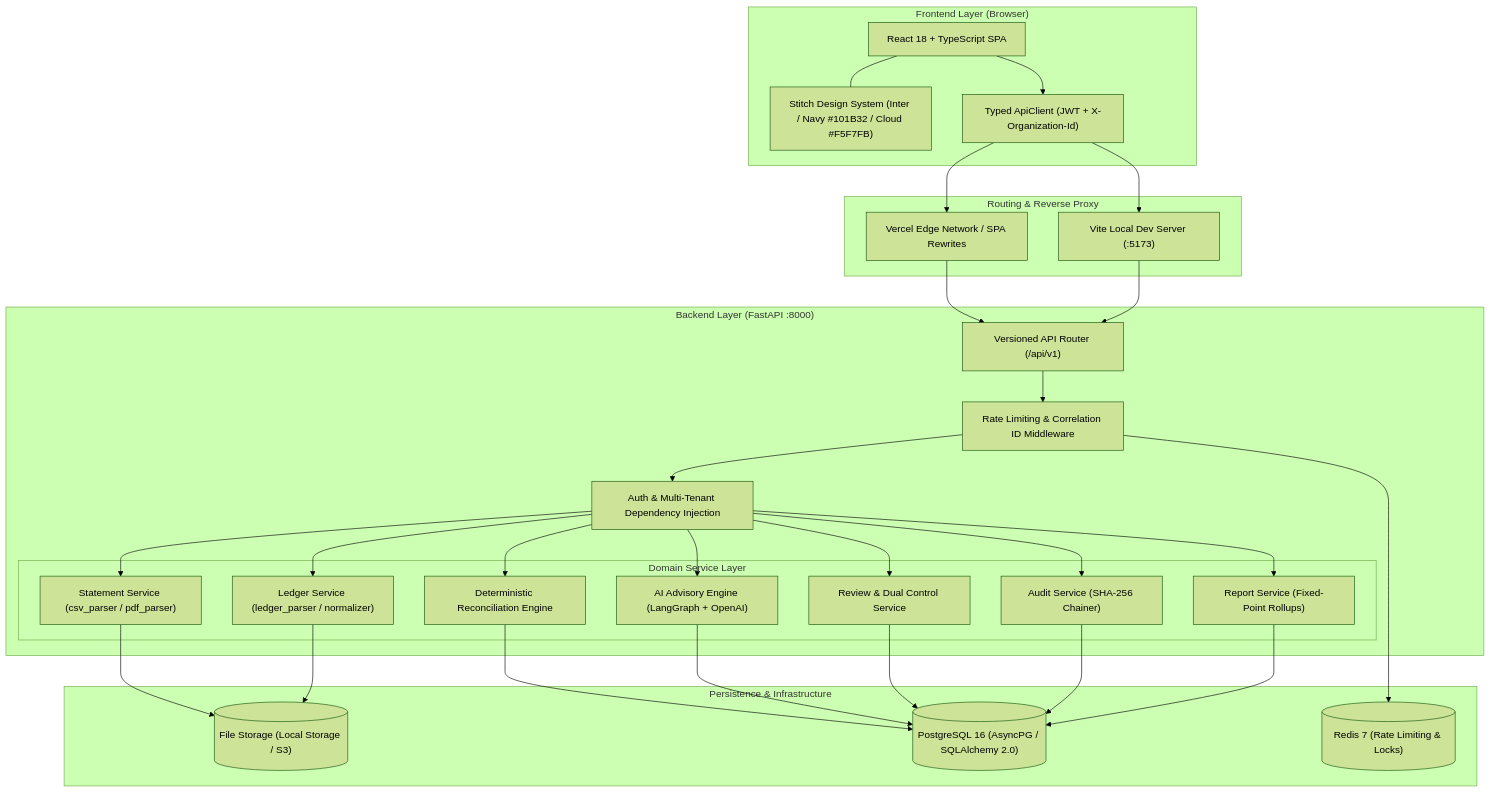
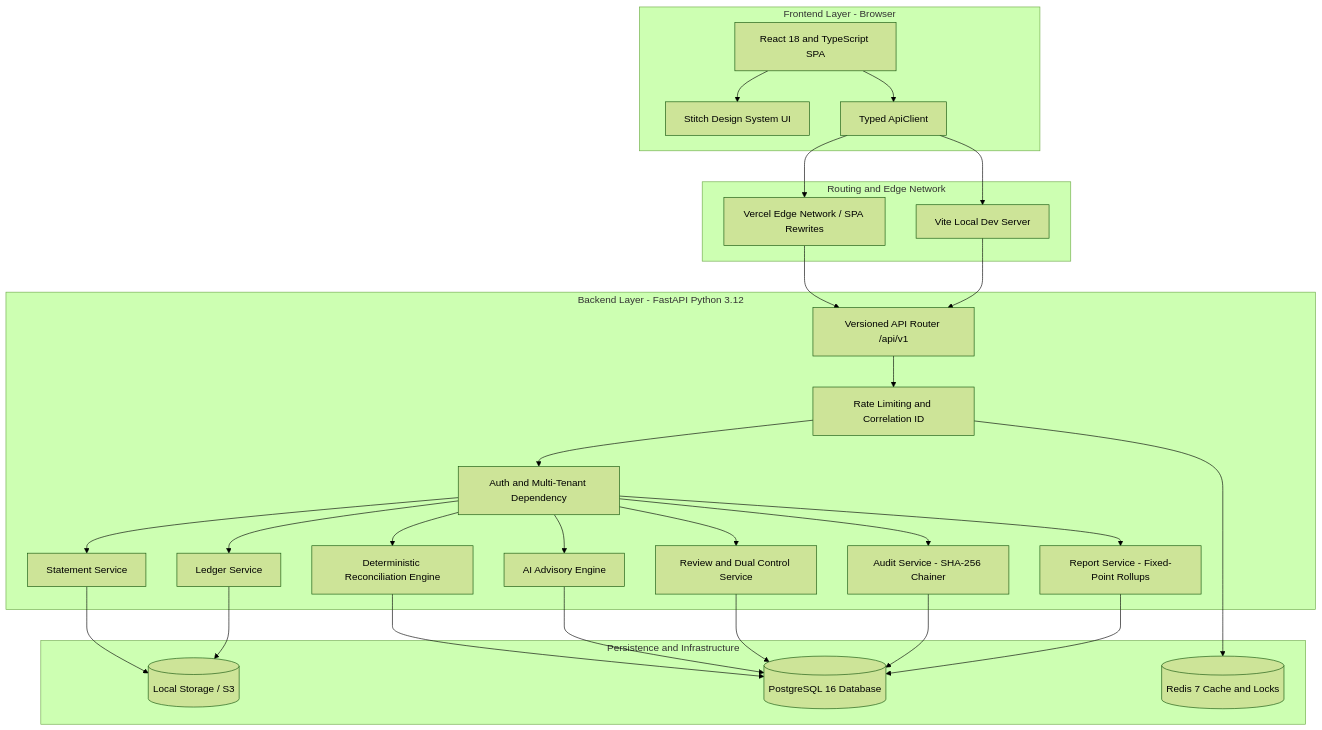
Before and after one commit to Surendra571/FinBridge: the first of 6 diagrams in README.md, drawn with Mermaid (forest theme). The commit also changed other lines of this file, not shown here.

Commit message:
docs: resolve GitHub Mermaid SVG rendering errors across all architecture diagrams

````diff
--- a/README.md
+++ b/README.md
@@ -142,60 +142,59 @@
 ```mermaid
 flowchart TD
-    subgraph Client ["Frontend Layer (Browser)"]
-        UI["React 18 + TypeScript SPA"]
-        Stitch["Stitch Design System (Inter / Navy #101B32 / Cloud #F5F7FB)"]
-        APIClient["Typed ApiClient (JWT + X-Organization-Id)"]
-        UI --- Stitch
+    subgraph Client [Frontend Layer - Browser]
+        UI[React 18 and TypeScript SPA]
+        Stitch[Stitch Design System UI]
+        APIClient[Typed ApiClient]
+        UI --> Stitch
         UI --> APIClient
     end
 
-    subgraph Edge ["Routing & Reverse Proxy"]
-        Vercel["Vercel Edge Network / SPA Rewrites"]
-        ViteDev["Vite Local Dev Server (:5173)"]
+    subgraph Edge [Routing and Edge Network]
+        Vercel[Vercel Edge Network / SPA Rewrites]
+        ViteDev[Vite Local Dev Server]
     end
 
-    subgraph BackendApp ["Backend Layer (FastAPI :8000)"]
-        Router["Versioned API Router (/api/v1)"]
-        AuthDep["Auth & Multi-Tenant Dependency Injection"]
-        RateLimit["Rate Limiting & Correlation ID Middleware"]
+    subgraph BackendApp [Backend Layer - FastAPI Python 3.12]
+        Router[Versioned API Router /api/v1]
+        AuthDep[Auth and Multi-Tenant Dependency]
+        RateLimit[Rate Limiting and Correlation ID]
         
-        subgraph Services ["Domain Service Layer"]
-            StmtSvc["Statement Service (csv_parser / pdf_parser)"]
-            LdgSvc["Ledger Service (ledger_parser / normalizer)"]
-            RecEng["Deterministic Reconciliation Engine"]
-            AISvc["AI Advisory Engine (LangGraph + OpenAI)"]
-            RevSvc["Review & Dual Control Service"]
-            AudSvc["Audit Service (SHA-256 Chainer)"]
-            RepSvc["Report Service (Fixed-Point Rollups)"]
-        end
+        StmtSvc[Statement Service]
+        LdgSvc[Ledger Service]
+        RecEng[Deterministic Reconciliation Engine]
+        AISvc[AI Advisory Engine]
+        RevSvc[Review and Dual Control Service]
+        AudSvc[Audit Service - SHA-256 Chainer]
+        RepSvc[Report Service - Fixed-Point Rollups]
 
-        Router --> RateLimit --> AuthDep
+        Router --> RateLimit
+        RateLimit --> AuthDep
         AuthDep --> StmtSvc
         AuthDep --> LdgSvc
         AuthDep --> RecEng
         AuthDep --> AISvc
         AuthDep --> RevSvc
         AuthDep --> AudSvc
         AuthDep --> RepSvc
     end
 
-    subgraph StorageTier ["Persistence & Infrastructure"]
-        DB[("PostgreSQL 16 (AsyncPG / SQLAlchemy 2.0)")]
-        RedisDB[("Redis 7 (Rate Limiting & Locks)")]
-        FileStore[("File Storage (Local Storage / S3)")]
+    subgraph StorageTier [Persistence and Infrastructure]
+        DB[(PostgreSQL 16 Database)]
+        RedisDB[(Redis 7 Cache and Locks)]
+        FileStore[(Local Storage / S3)]
 
         StmtSvc --> FileStore
         LdgSvc --> FileStore
         RecEng --> DB
         AISvc --> DB
         RevSvc --> DB
         AudSvc --> DB
         RepSvc --> DB
         RateLimit --> RedisDB
     end
 
     APIClient --> Vercel
     APIClient --> ViteDev
     Vercel --> Router
     ViteDev --> Router
 ```
````
